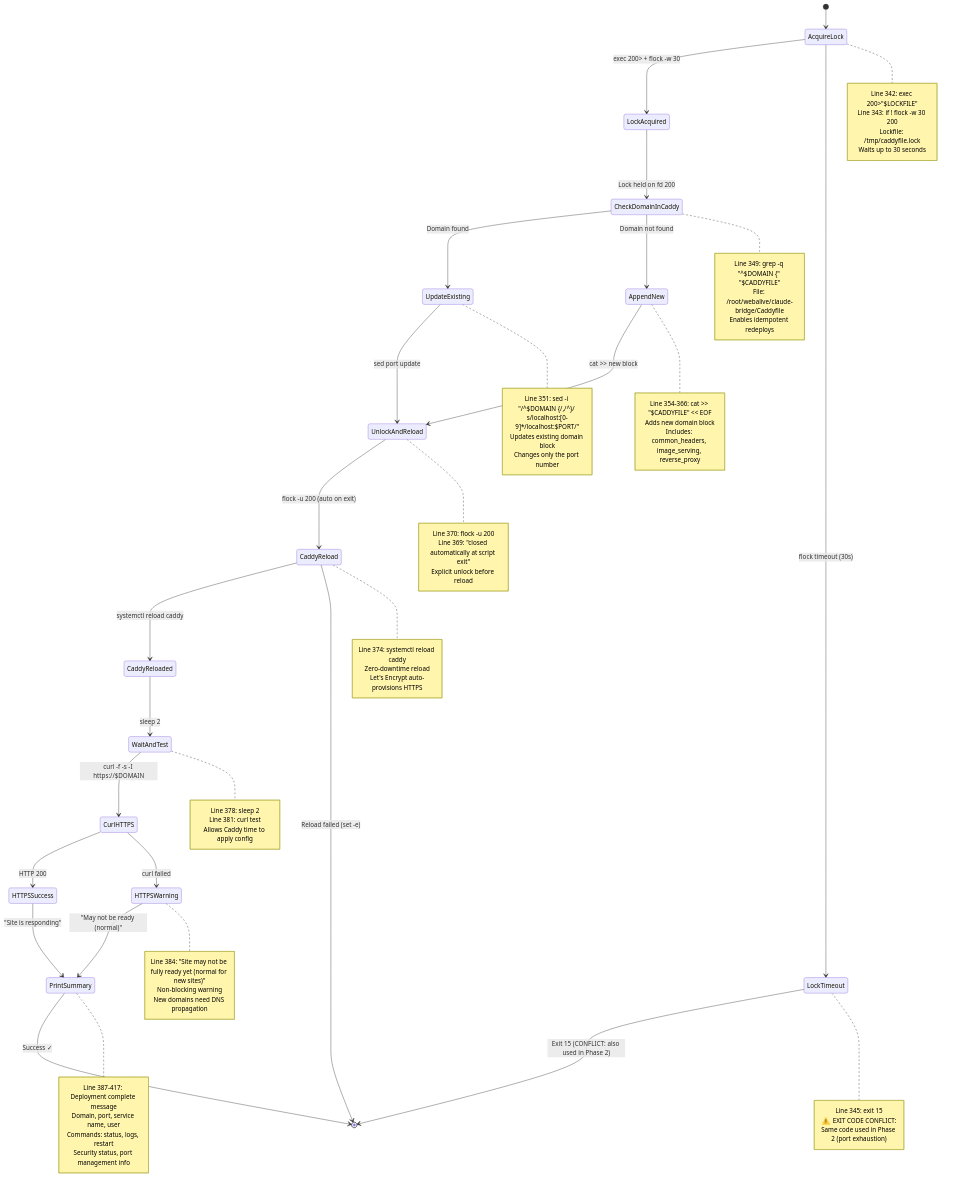
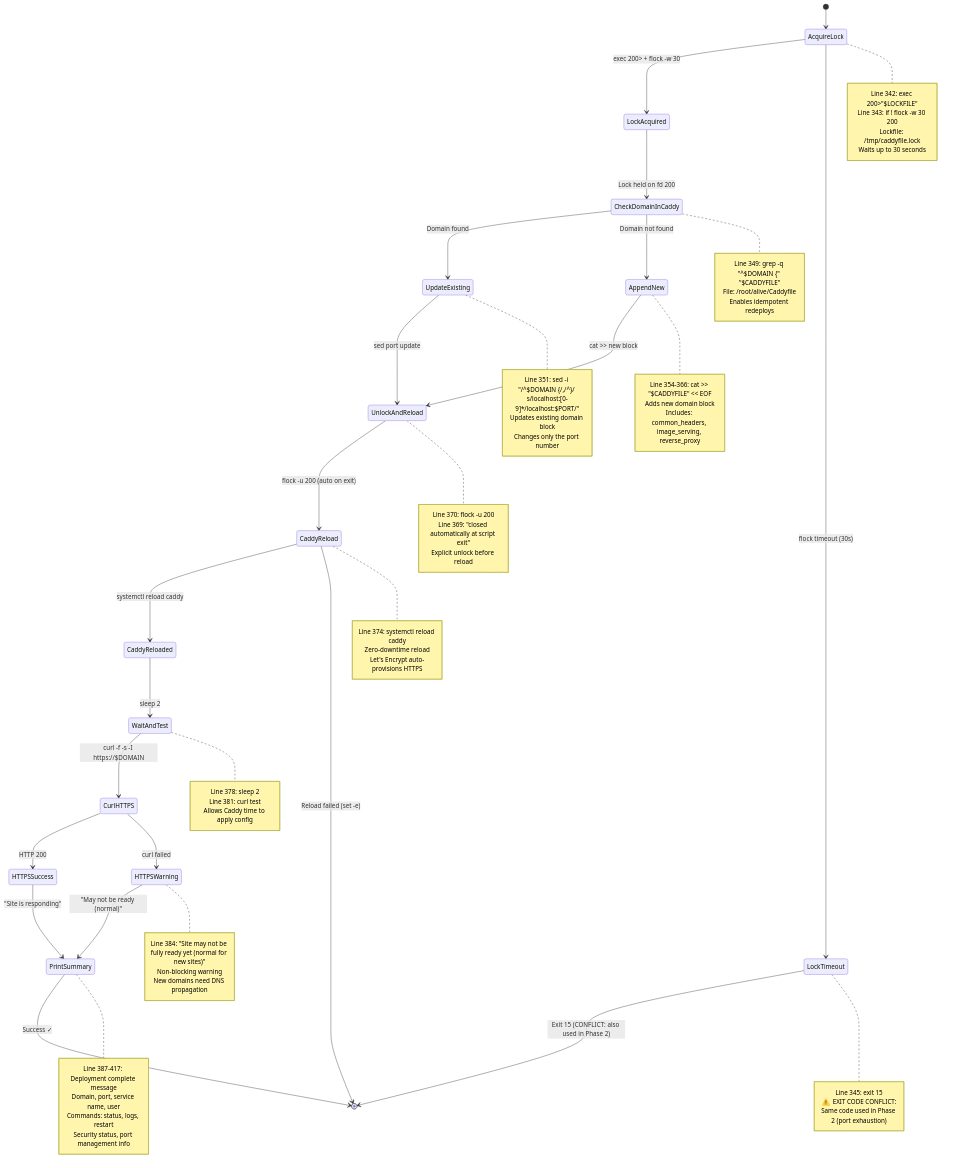
One commit to eenlars/alive changed the sixth of 6 diagrams in docs/deployment/site-deployment-state-machine.md. Above: the diagram before and after it, drawn with Mermaid. The commit also changed other lines of this file and 138 other files, not shown here.

First line of the commit message:
refactor: rename @alive-brug to @webalive and claude-bridge to alive

```diff
--- a/docs/deployment/site-deployment-state-machine.md
+++ b/docs/deployment/site-deployment-state-machine.md
@@ -1142,7 +1142,7 @@
 
     note right of CheckDomainInCaddy
         Line 349: grep -q "^$DOMAIN {" "$CADDYFILE"
-        File: /root/webalive/claude-bridge/Caddyfile
+        File: /root/alive/Caddyfile
         Enables idempotent redeploys
     end note
 
```
